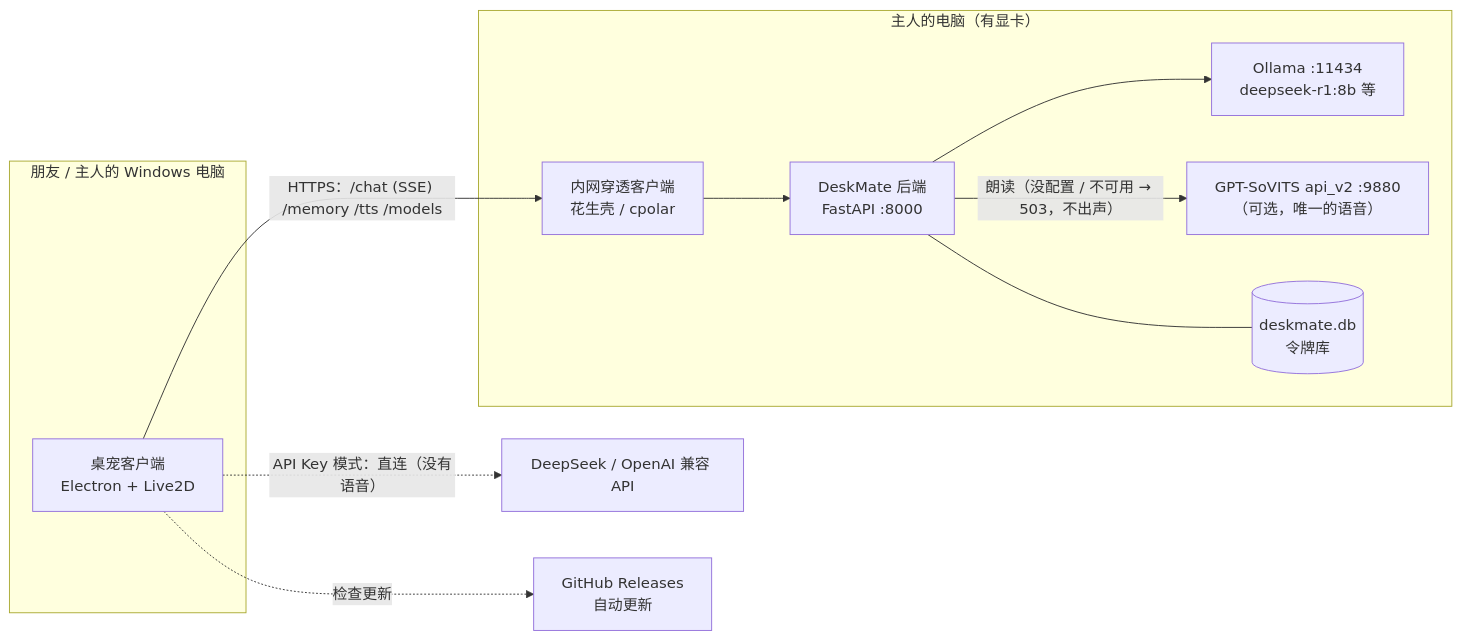
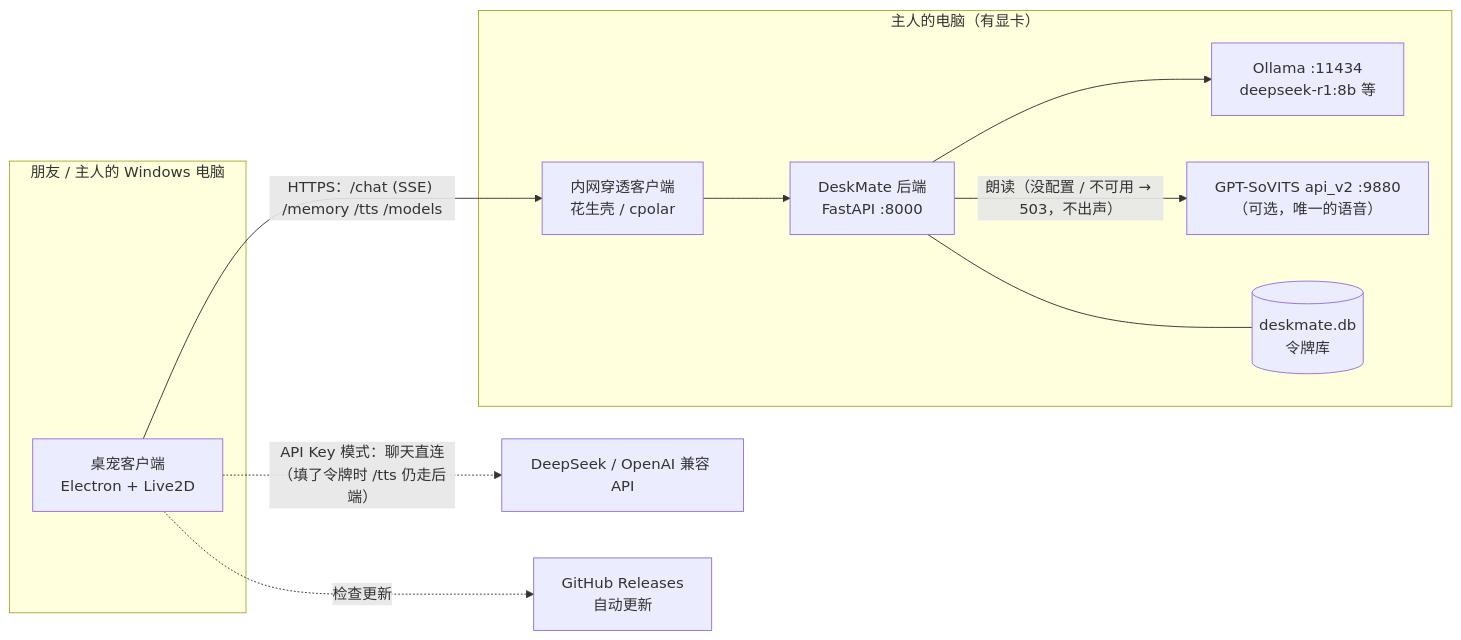
Before and after one commit to Mkerry12/DeepSeek-BoardMate: the first of 7 diagrams in doc/架构文档.md, drawn with Mermaid. The commit also changed other lines of this file and 10 other files, not shown here.

First line of the commit message:
feat: API Key 模式填了访问令牌也能用 GPT-SoVITS 语音 (#28)

````diff
--- a/doc/架构文档.md
+++ b/doc/架构文档.md
@@ -8,22 +8,22 @@
 ```mermaid
 flowchart LR
     subgraph Friend["朋友 / 主人的 Windows 电脑"]
         C["桌宠客户端<br/>Electron + Live2D"]
     end
     subgraph Owner["主人的电脑（有显卡）"]
         T["内网穿透客户端<br/>花生壳 / cpolar"]
         S["DeskMate 后端<br/>FastAPI :8000"]
         O["Ollama :11434<br/>deepseek-r1:8b 等"]
         G["GPT-SoVITS api_v2 :9880<br/>（可选，唯一的语音）"]
         DB[("deskmate.db<br/>令牌库")]
     end
     D["DeepSeek / OpenAI 兼容 API"]
     GH["GitHub Releases<br/>自动更新"]
 
     C -- "HTTPS：/chat (SSE) /memory /tts /models" --> T --> S
     S --> O
     S -- "朗读（没配置 / 不可用 → 503，不出声）" --> G
     S --- DB
-    C -. "API Key 模式：直连（没有语音）" .-> D
+    C -. "API Key 模式：聊天直连（填了令牌时 /tts 仍走后端）" .-> D
     C -. "检查更新" .-> GH
 ```
````
